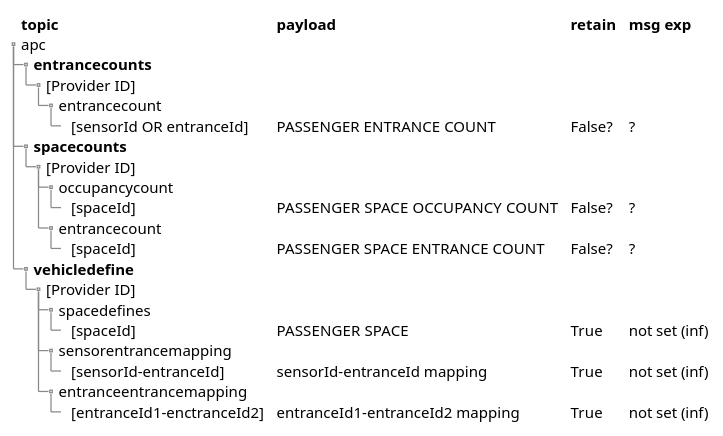
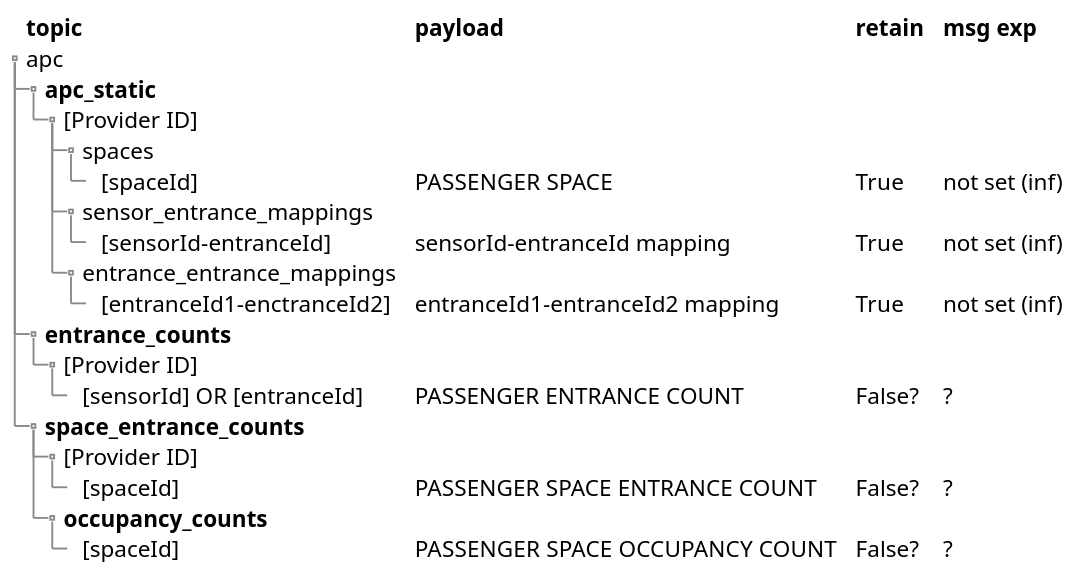
One commit to A-Fromell-ITxPT/SpecTest changed the diagram in apc/apc-topic-tree.puml. Above: the diagram before and after it, drawn with PlantUML. The commit also changed 25 other files, not shown here.

```diff
--- a/apc/apc-topic-tree.puml
+++ b/apc/apc-topic-tree.puml
@@ -1,27 +1,26 @@
 @startsalt
+scale 1.5
 skinparam backgroundColor white
 {
 {T
 + **topic** | **payload** | **retain** | **msg exp**
 + apc
-++ **entrancecounts**
+++ **apc_static**
 +++ [Provider ID]
-++++ entrancecount 
-+++++ [sensorId OR entranceId] | PASSENGER ENTRANCE COUNT | False? | ?
-++ **spacecounts**
+++++ spaces
++++++ [spaceId] | PASSENGER SPACE | True | not set (inf)
+++++ sensor_entrance_mappings
++++++ [sensorId-entranceId] | sensorId-entranceId mapping | True | not set (inf)
+++++ entrance_entrance_mappings
++++++ [entranceId1-enctranceId2] | entranceId1-entranceId2 mapping | True | not set (inf)
+++ **entrance_counts**
 +++ [Provider ID]
-++++ occupancycount 
-+++++ [spaceId] | PASSENGER SPACE OCCUPANCY COUNT | False? | ?
-++++ entrancecount 
-+++++ [spaceId] | PASSENGER SPACE ENTRANCE COUNT | False? | ?
-++ **vehicledefine**
+++++ [sensorId] OR [entranceId] | PASSENGER ENTRANCE COUNT | False? | ?
+++ **space_entrance_counts**
 +++ [Provider ID]
-++++ spacedefines
-+++++ [spaceId] | PASSENGER SPACE | True | not set (inf)
-++++ sensorentrancemapping
-+++++ [sensorId-entranceId] | sensorId-entranceId mapping | True | not set (inf)
-++++ entranceentrancemapping
-+++++ [entranceId1-enctranceId2] | entranceId1-entranceId2 mapping | True | not set (inf)
+++++ [spaceId] | PASSENGER SPACE ENTRANCE COUNT | False? | ?
++++ **occupancy_counts**
+++++ [spaceId] | PASSENGER SPACE OCCUPANCY COUNT | False? | ?
 }
 }
 @endsalt
```
